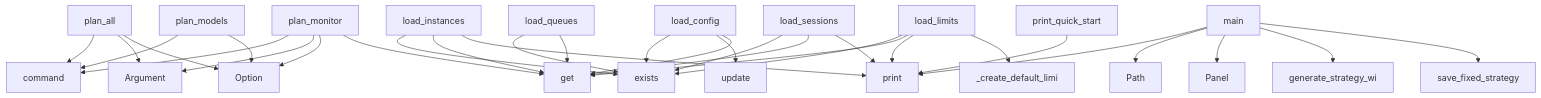
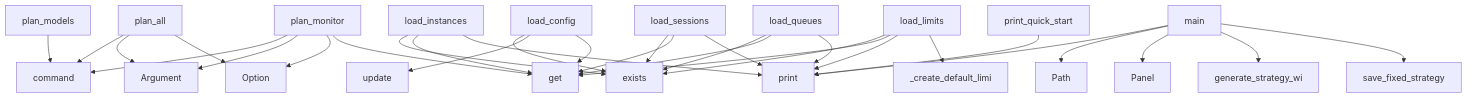
One commit to semcod/llx changed the diagram in project/context.md. Above: the diagram before and after it, drawn with Mermaid. The commit also changed other lines of this file and 24 other files, not shown here.

````diff
--- a/project/context.md
+++ b/project/context.md
@@ -608,33 +611,33 @@
 ```mermaid
 graph TD
     plan_all --> command
     plan_all --> Argument
     plan_all --> Option
     load_instances --> exists
     load_instances --> get
     load_instances --> print
     plan_monitor --> command
     plan_monitor --> Argument
     plan_monitor --> Option
     plan_monitor --> get
     print_quick_start --> print
     load_config --> exists
     load_config --> update
     load_config --> get
     load_limits --> exists
     load_limits --> get
     load_limits --> print
     load_limits --> _create_default_limi
     main --> print
     main --> Path
     main --> Panel
     main --> generate_strategy_wi
     main --> save_fixed_strategy
     load_sessions --> exists
     load_sessions --> get
     load_sessions --> print
-    plan_models --> command
-    plan_models --> Option
     load_queues --> exists
     load_queues --> get
+    load_queues --> print
+    plan_models --> command
 ```
````
